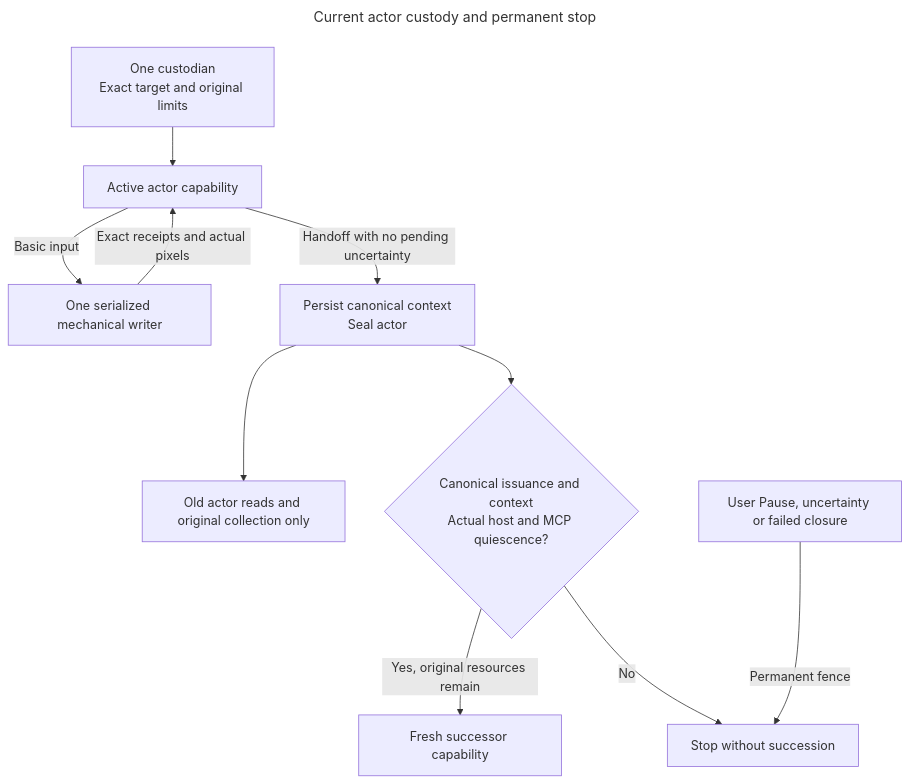
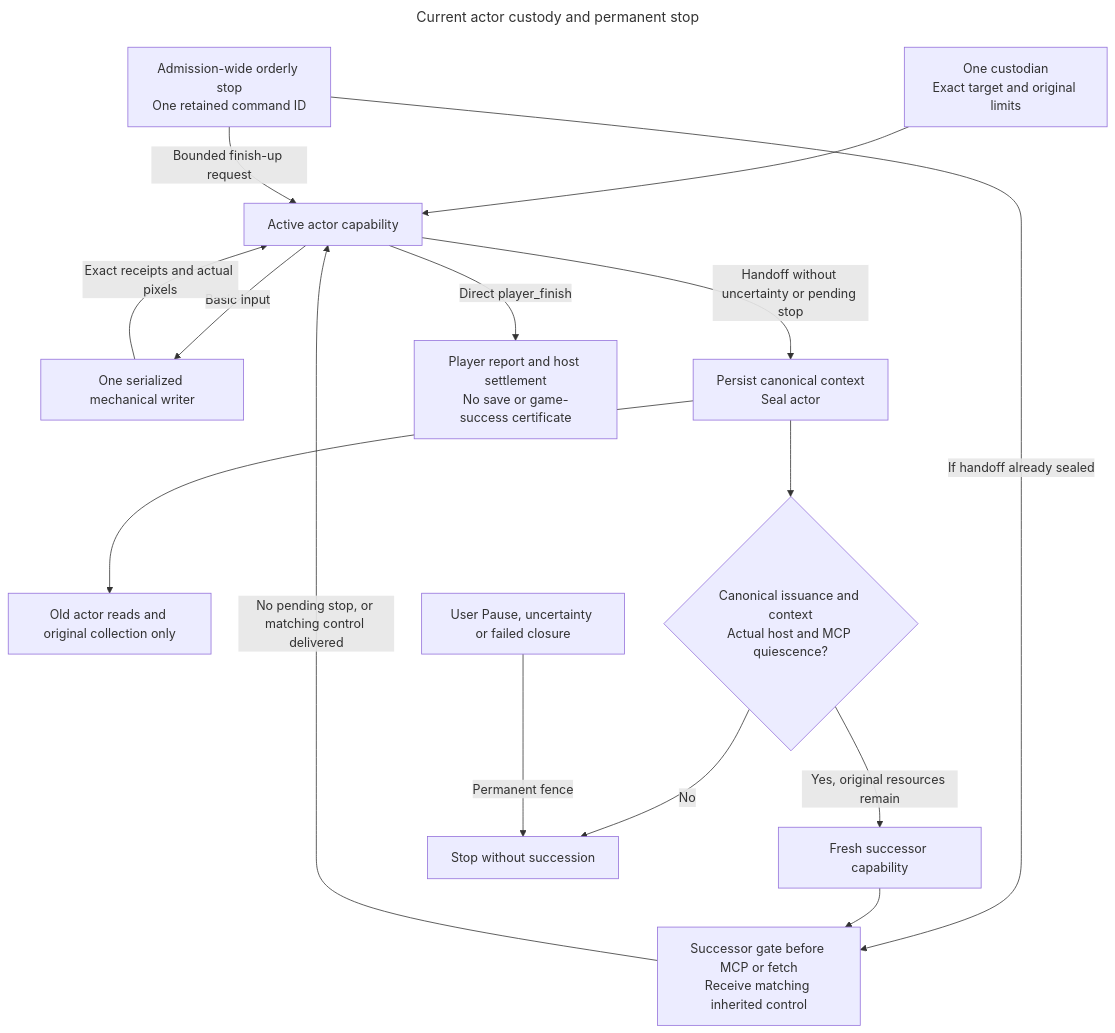
One commit to CVX-Hull/enactive changed the diagram in docs/diagrams/run-ownership.mmd. Above: the diagram before and after it, drawn with Mermaid. The commit also changed 70 other files, not shown here.

First line of the commit message:
Separate player objectives from finite test control (#360)

```diff
--- a/docs/diagrams/run-ownership.mmd
+++ b/docs/diagrams/run-ownership.mmd
@@ -1,15 +1,20 @@
 ---
 title: Current actor custody and permanent stop
 ---
 flowchart TB
   accTitle: Current actor custody and permanent stop
-  accDescr: One custodian owns original resources and exact target handles. Current bearer capability permits basic input. Handoff snapshots context and seals the actor. A successor requires canonical issuance and actual old host and MCP group quiescence under original limits. Pause and unknown input permanently stop succession.
+  accDescr: One custodian owns original resources and exact target handles. Handoff snapshots context and seals the actor. A successor requires canonical issuance and actual old host and MCP group quiescence under original limits. Pending orderly stop is admission-wide: new handoff is refused, and an already sealed handoff carries the same stop ID to a verified successor gated before MCP or fetch. Direct finish claims do not certify saving. Pause and unknown input permanently stop succession.
 C["One custodian<br/>Exact target and original limits"] --> A["Active actor capability"]
   A -->|"Basic input"| W["One serialized mechanical writer"]
-  A -->|"Handoff with no pending uncertainty"| H["Persist canonical context<br/>Seal actor"]
+  A -->|"Handoff without uncertainty or pending stop"| H["Persist canonical context<br/>Seal actor"]
   H --> R["Old actor reads and original collection only"]
   H --> Q{"Canonical issuance and context<br/>Actual host and MCP quiescence?"}
   Q -->|"Yes, original resources remain"| N["Fresh successor capability"]
+  T["Admission-wide orderly stop<br/>One retained command ID"] -->|"If handoff already sealed"| B["Successor gate before MCP or fetch<br/>Receive matching inherited control"]
+  N --> B
+  B -->|"No pending stop, or matching control delivered"| A
+  T -->|"Bounded finish-up request"| A
+  A -->|"Direct player_finish"| F["Player report and host settlement<br/>No save or game-success certificate"]
   Q -->|"No"| S["Stop without succession"]
   U["User Pause, uncertainty or failed closure"] -->|"Permanent fence"| S
   W -->|"Exact receipts and actual pixels"| A
```
